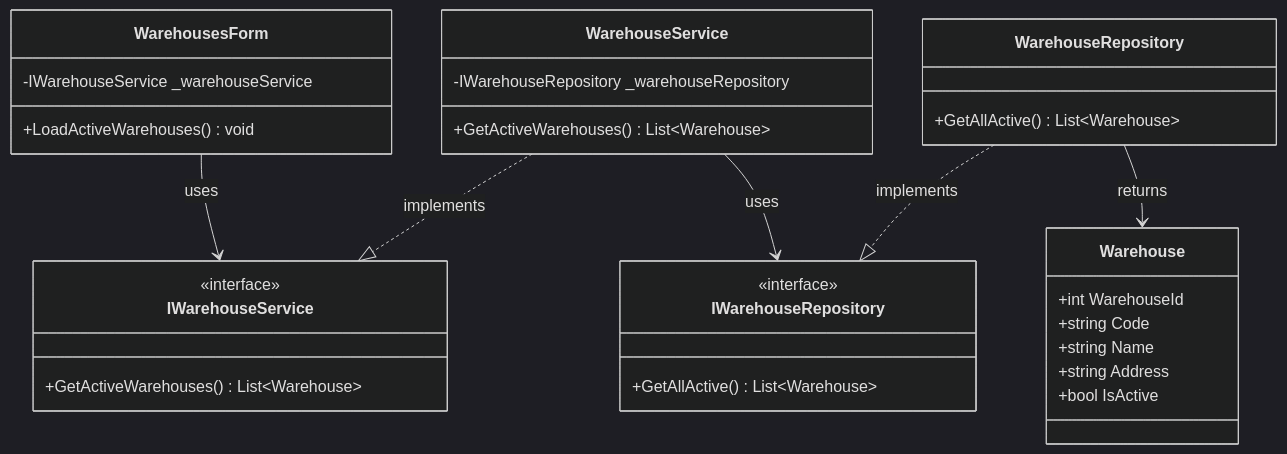
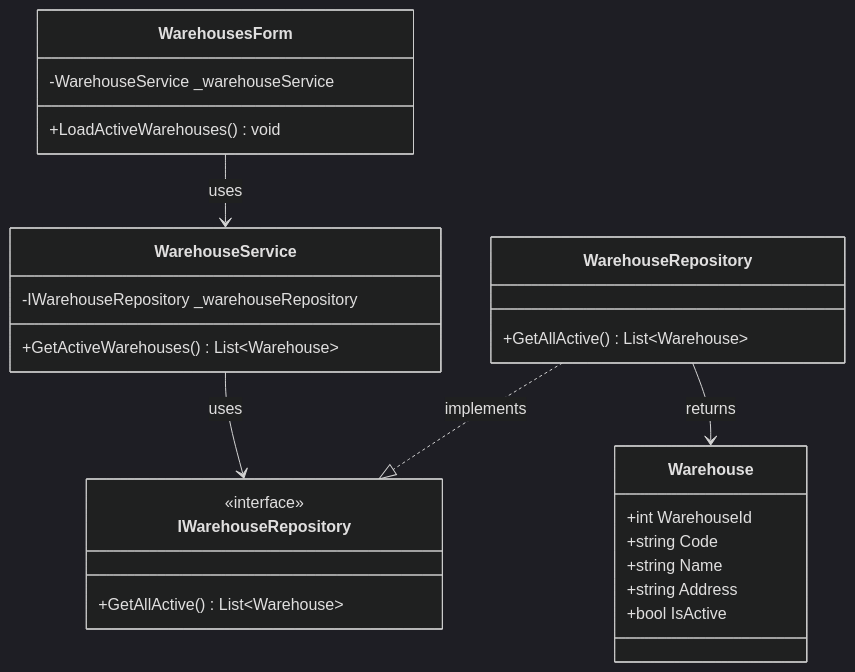
Before and after one commit to nahuk86/tp_diploma_nk_2026: the fifth of 12 diagrams in Documentation/UML_Diagrams/16_Warehouses_UseCases.md, drawn with Mermaid (dark theme). The commit also changed other lines of this file and 5 other files, not shown here.

First line of the commit message:
Fix UML documentation: remove non-existent BLL service interfaces

````diff
--- a/Documentation/UML_Diagrams/16_Warehouses_UseCases.md
+++ b/Documentation/UML_Diagrams/16_Warehouses_UseCases.md
@@ -197,40 +182,35 @@
 ```mermaid
 classDiagram
     class WarehousesForm {
-        -IWarehouseService _warehouseService
+        -WarehouseService _warehouseService
         +LoadActiveWarehouses() void
     }
 
-    class IWarehouseService {
-        <<interface>>
-        +GetActiveWarehouses() List~Warehouse~
-    }
 
     class WarehouseService {
         -IWarehouseRepository _warehouseRepository
         +GetActiveWarehouses() List~Warehouse~
     }
 
     class IWarehouseRepository {
         <<interface>>
         +GetAllActive() List~Warehouse~
     }
 
     class WarehouseRepository {
         +GetAllActive() List~Warehouse~
     }
 
     class Warehouse {
         +int WarehouseId
         +string Code
         +string Name
         +string Address
         +bool IsActive
     }
 
-    WarehousesForm --> IWarehouseService : uses
-    WarehouseService ..|> IWarehouseService : implements
+    WarehousesForm --> WarehouseService : uses
     WarehouseService --> IWarehouseRepository : uses
     WarehouseRepository ..|> IWarehouseRepository : implements
     WarehouseRepository --> Warehouse : returns
 ```
````
